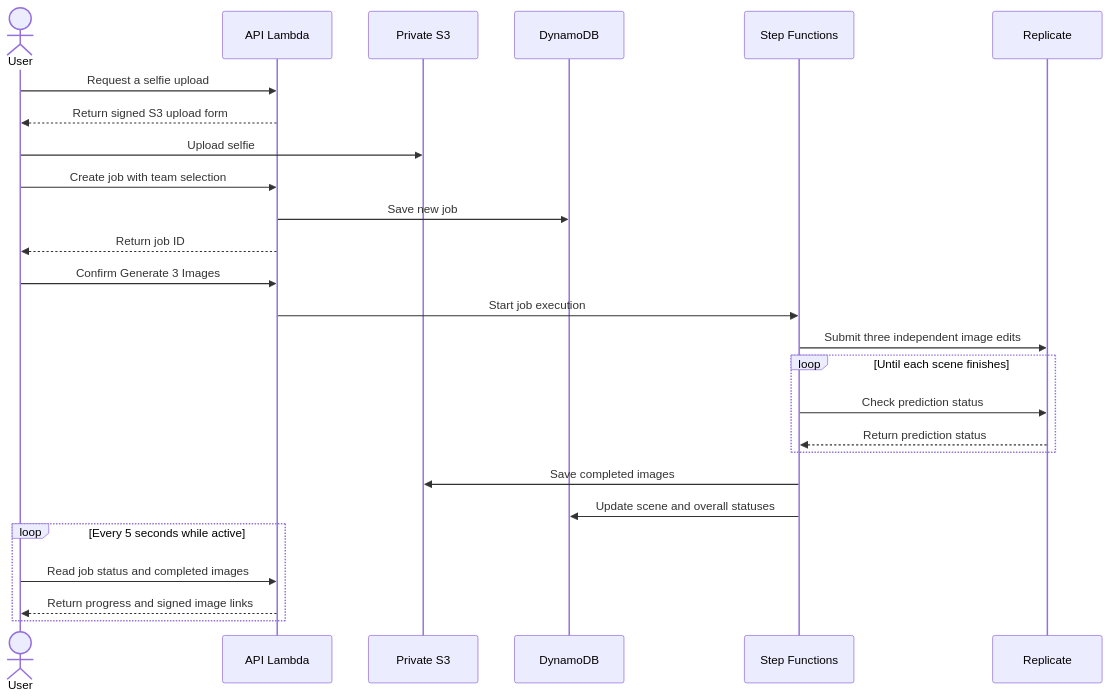
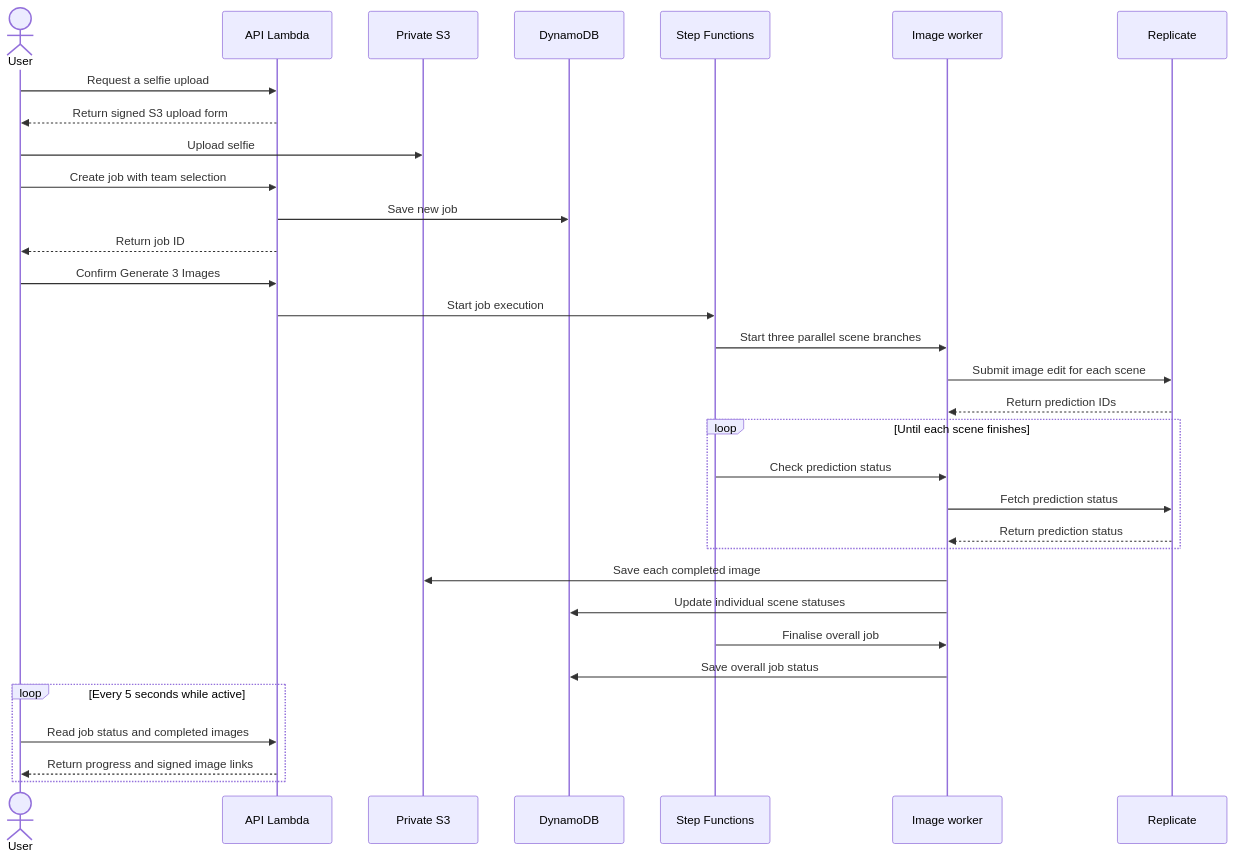
Before and after one commit to rorygleeson/afl-video-platform: the second of 3 diagrams in docs/ARCHITECTURE.md, drawn with Mermaid. The commit also changed other lines of this file, not shown here.

Commit message:
docs: make sequence diagram faithfully represent Lambda-driven Replicate and S3 operations

````diff
--- a/docs/ARCHITECTURE.md
+++ b/docs/ARCHITECTURE.md
@@ -42,29 +42,35 @@
 ```mermaid
 sequenceDiagram
     actor User
     participant API as API Lambda
     participant S3 as Private S3
     participant DB as DynamoDB
     participant SF as Step Functions
+    participant Worker as Image worker
     participant AI as Replicate
 
     User->>API: Request a selfie upload
     API-->>User: Return signed S3 upload form
     User->>S3: Upload selfie
     User->>API: Create job with team selection
     API->>DB: Save new job
     API-->>User: Return job ID
     User->>API: Confirm Generate 3 Images
     API->>SF: Start job execution
-    SF->>AI: Submit three independent image edits
+    SF->>Worker: Start three parallel scene branches
+    Worker->>AI: Submit image edit for each scene
+    AI-->>Worker: Return prediction IDs
     loop Until each scene finishes
-        SF->>AI: Check prediction status
-        AI-->>SF: Return prediction status
+        SF->>Worker: Check prediction status
+        Worker->>AI: Fetch prediction status
+        AI-->>Worker: Return prediction status
     end
-    SF->>S3: Save completed images
-    SF->>DB: Update scene and overall statuses
+    Worker->>S3: Save each completed image
+    Worker->>DB: Update individual scene statuses
+    SF->>Worker: Finalise overall job
+    Worker->>DB: Save overall job status
     loop Every 5 seconds while active
         User->>API: Read job status and completed images
         API-->>User: Return progress and signed image links
     end
 ```
````
